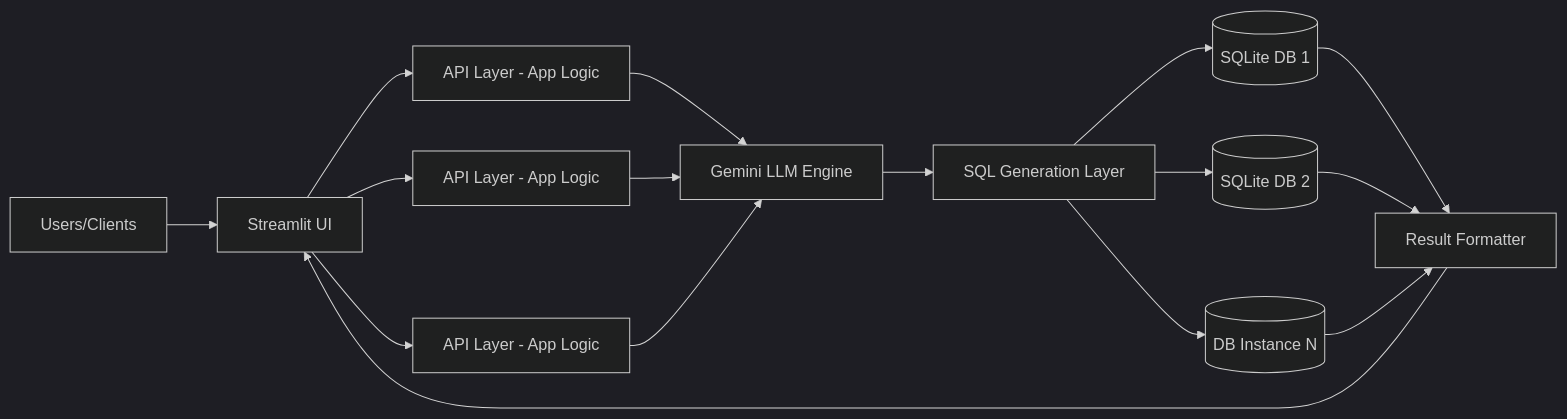
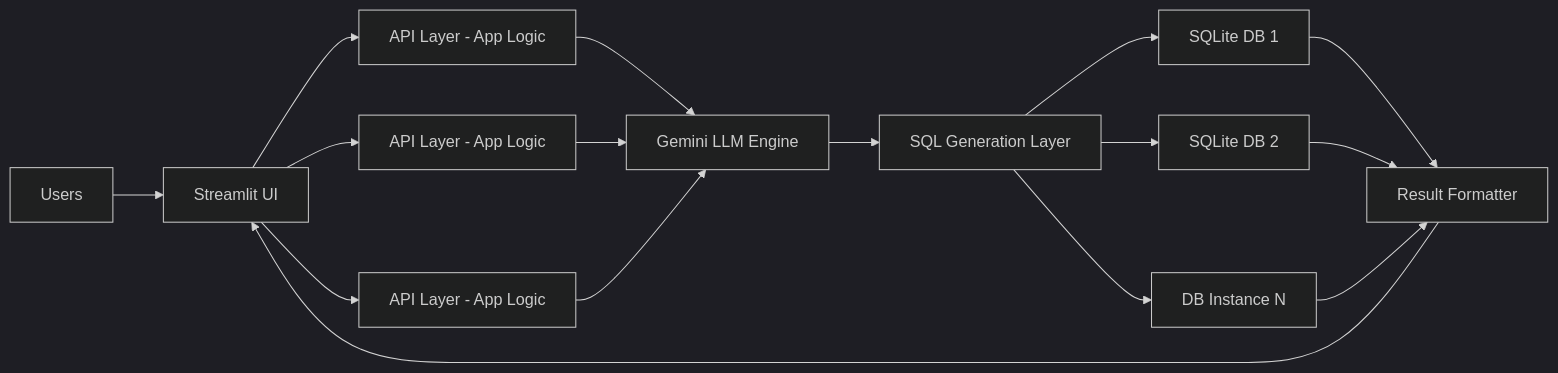
One commit to prth1234/Query-Pilot changed the first of 2 diagrams in README.md. Above: the diagram before and after it, drawn with Mermaid (dark theme). The commit also changed other lines of this file, not shown here.

Commit message:
Added diagram in Readme file

````diff
--- a/README.md
+++ b/README.md
@@ -7,24 +36,24 @@
 ```mermaid
-flowchart LR
-  A[Users/Clients] --> B[Streamlit UI]
+graph LR
+	A[Users] --> B[Streamlit UI]
 
-  B --> C1[API Layer - App Logic]
-  B --> C2[API Layer - App Logic]
-  B --> C3[API Layer - App Logic]
+	B --> C1[API Layer - App Logic]
+	B --> C2[API Layer - App Logic]
+	B --> C3[API Layer - App Logic]
 
-  C1 --> LLM[Gemini LLM Engine]
-  C2 --> LLM
-  C3 --> LLM
+	C1 --> LLM[Gemini LLM Engine]
+	C2 --> LLM
+	C3 --> LLM
 
-  LLM --> SQLGen[SQL Generation Layer]
+	LLM --> SQLGen[SQL Generation Layer]
 
-  SQLGen --> DB1[(SQLite DB 1)]
-  SQLGen --> DB2[(SQLite DB 2)]
-  SQLGen --> DBN[(DB Instance N)]
+	SQLGen --> DB1[SQLite DB 1]
+	SQLGen --> DB2[SQLite DB 2]
+	SQLGen --> DBN[DB Instance N]
 
-  DB1 --> RES[Result Formatter]
-  DB2 --> RES
-  DBN --> RES
+	DB1 --> RES[Result Formatter]
+	DB2 --> RES
+	DBN --> RES
 
-  RES --> B
+	RES --> B
 ```
````
